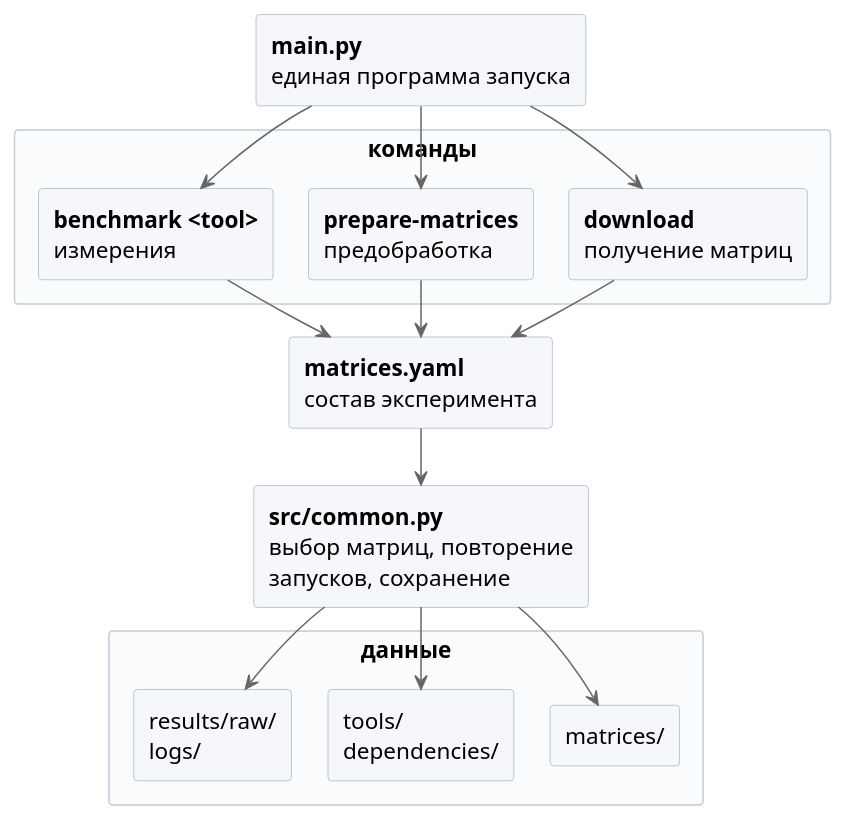
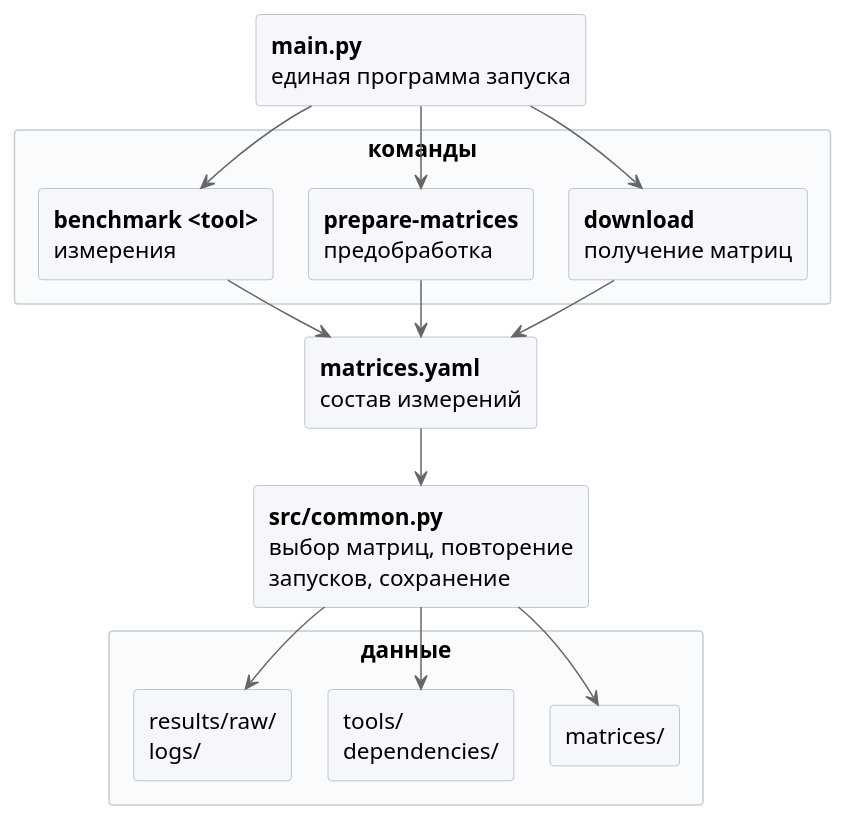
The diagram in reports/master2/figures/arch.puml (WoWaster/documents), drawn with PlantUML before and after one commit. The commit also changed 8 other files, not shown here.

```diff
--- a/reports/master2/figures/arch.puml
+++ b/reports/master2/figures/arch.puml
@@ -1,46 +1,46 @@
 @startuml
 skinparam shadowing false
 skinparam defaultFontSize 15
 skinparam ArrowColor #666666
 skinparam nodesep 24
 skinparam ranksep 38
 skinparam packageStyle rectangle
 skinparam rectangle {
   BackgroundColor #F5F7FA
   BorderColor #AAB4C0
 }
 skinparam package {
   BackgroundColor #FAFBFC
   BorderColor #C4CCD6
 }
 
 rectangle "**main.py**\nединая программа запуска" as main
 
 package "команды" {
   rectangle "**download**\nполучение матриц" as dl
   rectangle "**prepare-matrices**\nпредобработка" as prep
   rectangle "**benchmark <tool>**\nизмерения" as bench
 }
 
-rectangle "**matrices.yaml**\nсостав эксперимента" as cfg
+rectangle "**matrices.yaml**\nсостав измерений" as cfg
 rectangle "**src/common.py**\nвыбор матриц, повторение\nзапусков, сохранение" as common
 
 package "данные" {
   rectangle "matrices/" as mtx
   rectangle "tools/\ndependencies/" as tools
   rectangle "results/raw/\nlogs/" as res
 }
 
 main --> dl
 main --> prep
 main --> bench
 
 dl --> cfg
 prep --> cfg
 bench --> cfg
 
 cfg --> common
 common --> mtx
 common --> tools
 common --> res
 @enduml
```
